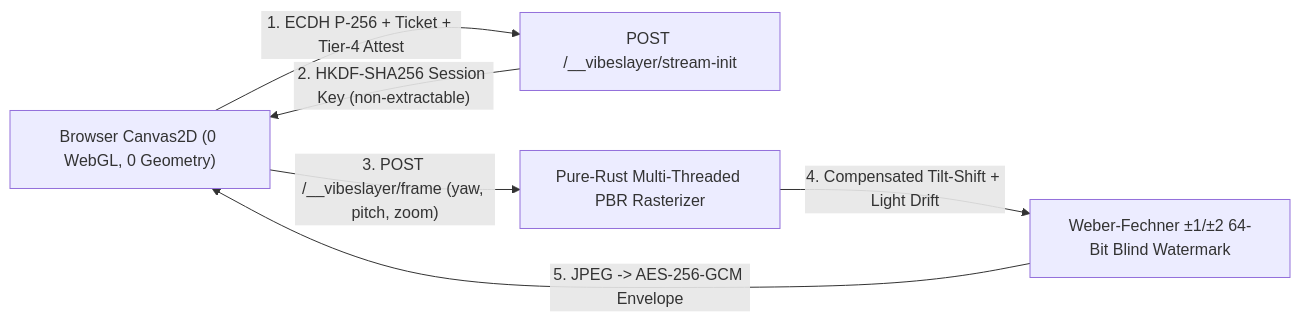
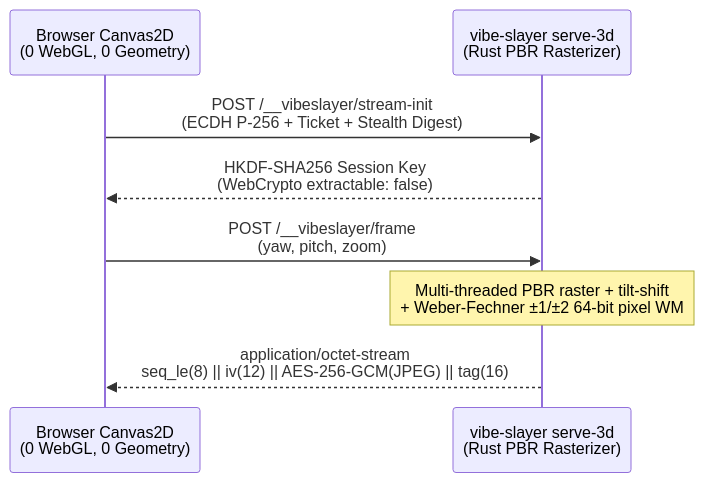
Before and after one commit to HUSMUS9999/vibe-slayer: the diagram in docs/3d-shield-and-stream.md, drawn with Mermaid. The commit also changed other lines of this file and 44 other files, not shown here.

First line of the commit message:
Harden core, redesign architecture SVGs, and audit docs & benchmarks

````diff
--- a/docs/3d-shield-and-stream.md
+++ b/docs/3d-shield-and-stream.md
@@ -94,8 +95,10 @@
 ```mermaid
-flowchart LR
-    A["Browser Canvas2D (0 WebGL, 0 Geometry)"] -->|"1. ECDH P-256 + Ticket + Tier-4 Attest"| B["POST /__vibeslayer/stream-init"]
-    B -->|"2. HKDF-SHA256 Session Key (non-extractable)"| A
-    A -->|"3. POST /__vibeslayer/frame (yaw, pitch, zoom)"| C["Pure-Rust Multi-Threaded PBR Rasterizer"]
-    C -->|"4. Compensated Tilt-Shift + Light Drift"| D["Weber-Fechner ±1/±2 64-Bit Blind Watermark"]
-    D -->|"5. JPEG -> AES-256-GCM Envelope"| A
+sequenceDiagram
+    participant C as Browser Canvas2D<br/>(0 WebGL, 0 Geometry)
+    participant S as vibe-slayer serve-3d<br/>(Rust PBR Rasterizer)
+    C->>S: POST /__vibeslayer/stream-init<br/>(ECDH P-256 + Ticket + Stealth Digest)
+    S-->>C: HKDF-SHA256 Session Key<br/>(WebCrypto extractable: false)
+    C->>S: POST /__vibeslayer/frame<br/>(yaw, pitch, zoom)
+    Note over S: Multi-threaded PBR raster + tilt-shift<br/>+ Weber-Fechner ±1/±2 64-bit pixel WM
+    S-->>C: application/octet-stream<br/>seq_le(8) || iv(12) || AES-256-GCM(JPEG) || tag(16)
 ```
````
